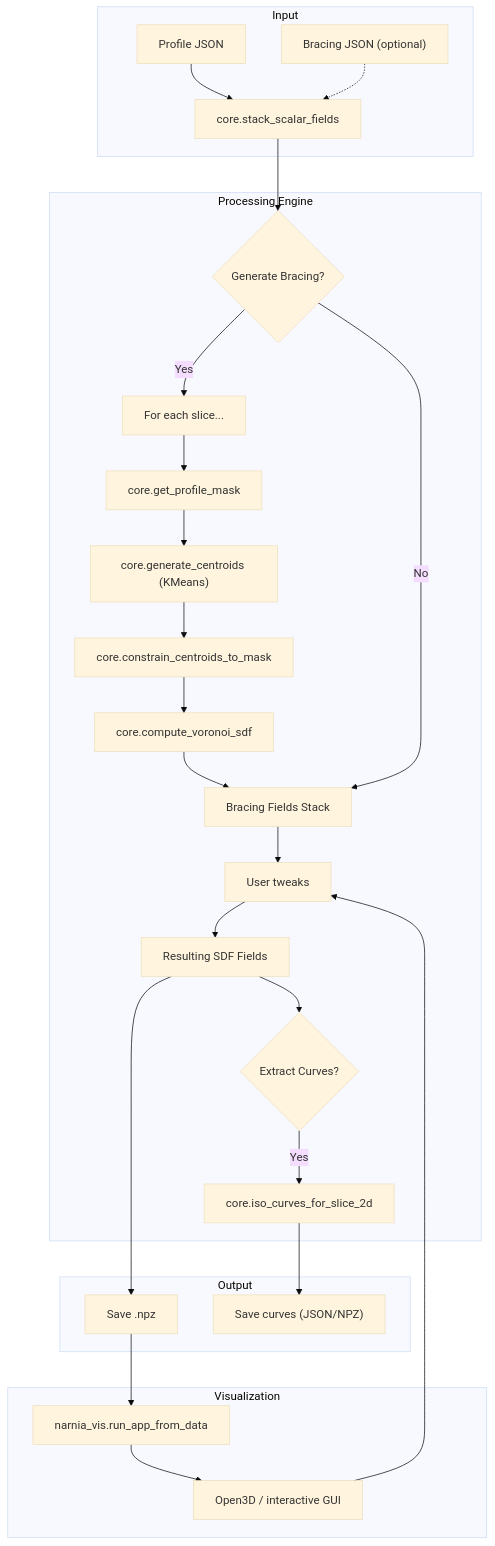
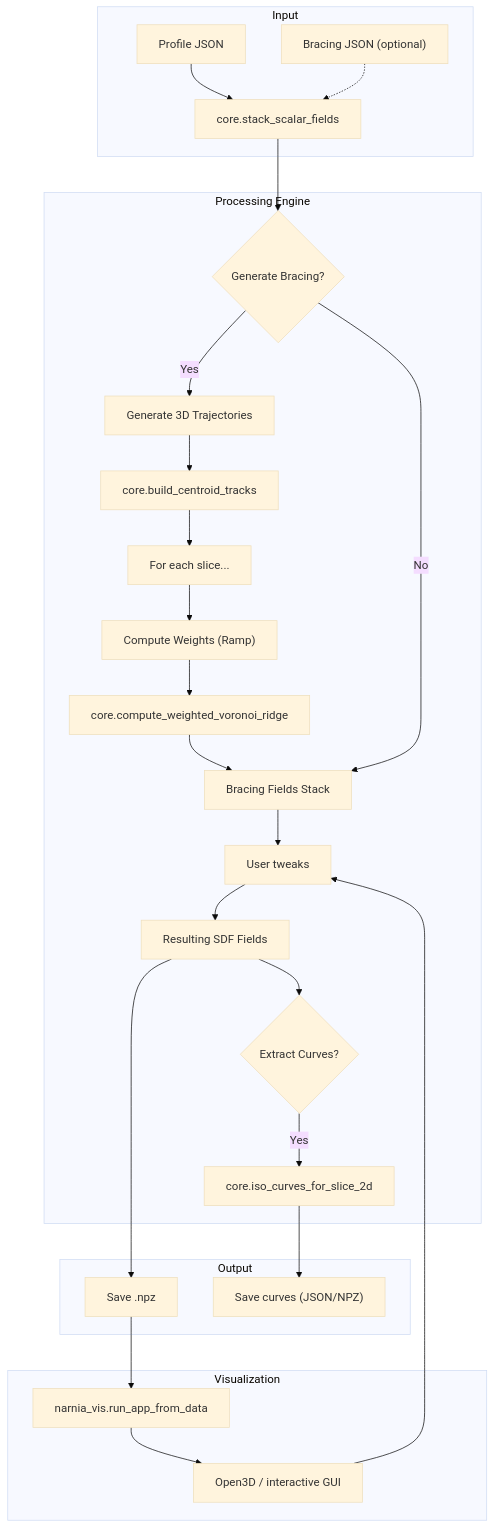
The diagram in README.md (Daxler-design/Narnia_Draft), drawn with Mermaid (base theme) before and after one commit. The commit also changed other lines of this file and 6 other files, not shown here.

````diff
--- a/README.md
+++ b/README.md
@@ -48,30 +48,30 @@
 ```mermaid
 flowchart TB
   subgraph Input["Input"]
     A["Profile JSON"] --> B["core.stack_scalar_fields"]
     C["Bracing JSON (optional)"] -.-> B
   end
   subgraph s1["Processing Engine"]
     B --> D{"Generate Bracing?"}
-    D -- Yes --> E["For each slice..."]
-    E --> E1["core.get_profile_mask"]
-    E1 --> E2["core.generate_centroids (KMeans)"]
-    E2 --> E3["core.constrain_centroids_to_mask"]
-    E3 --> E4["core.compute_voronoi_sdf"]
+    D -- Yes --> E["Generate 3D Trajectories"]
+    E --> E1["core.build_centroid_tracks"]
+    E1 --> E2["For each slice..."]
+    E2 --> E3["Compute Weights (Ramp)"]
+    E3 --> E4["core.compute_weighted_voronoi_ridge"]
     E4 --> F["Bracing Fields Stack"]
     D -- No --> F
     F --> G["core.compute_sf_operation"]
     G --> H["Resulting SDF Fields"]
     H --> I{"Extract Curves?"}
     I -- Yes --> J["core.iso_curves_for_slice_2d"]
   end
   subgraph Output["Output"]
     H --> K["Save .npz"]
     J --> L["Save curves (JSON/NPZ)"]
   end
   subgraph s2["Visualization"]
     K --> M["narnia_vis.run_app_from_data"]
     M --> N["Open3D / interactive GUI"]
     N --> G["User tweaks"]
   end
 ```
````
